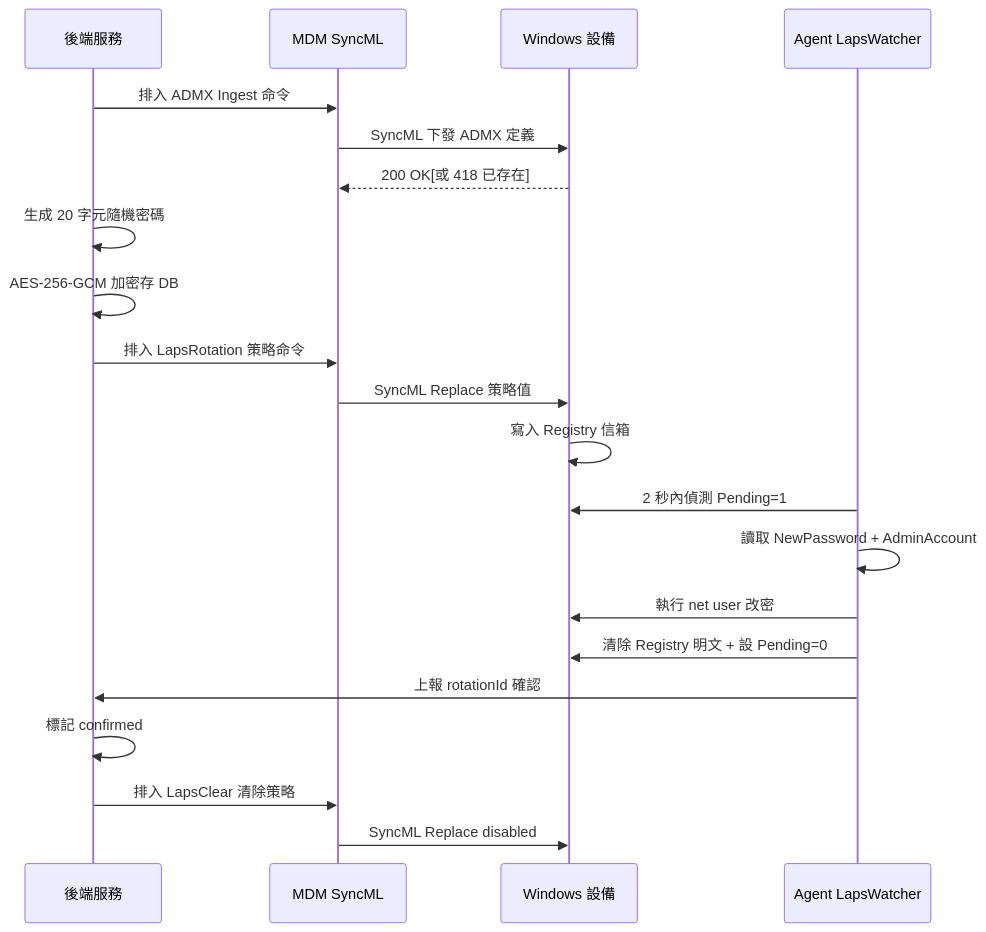
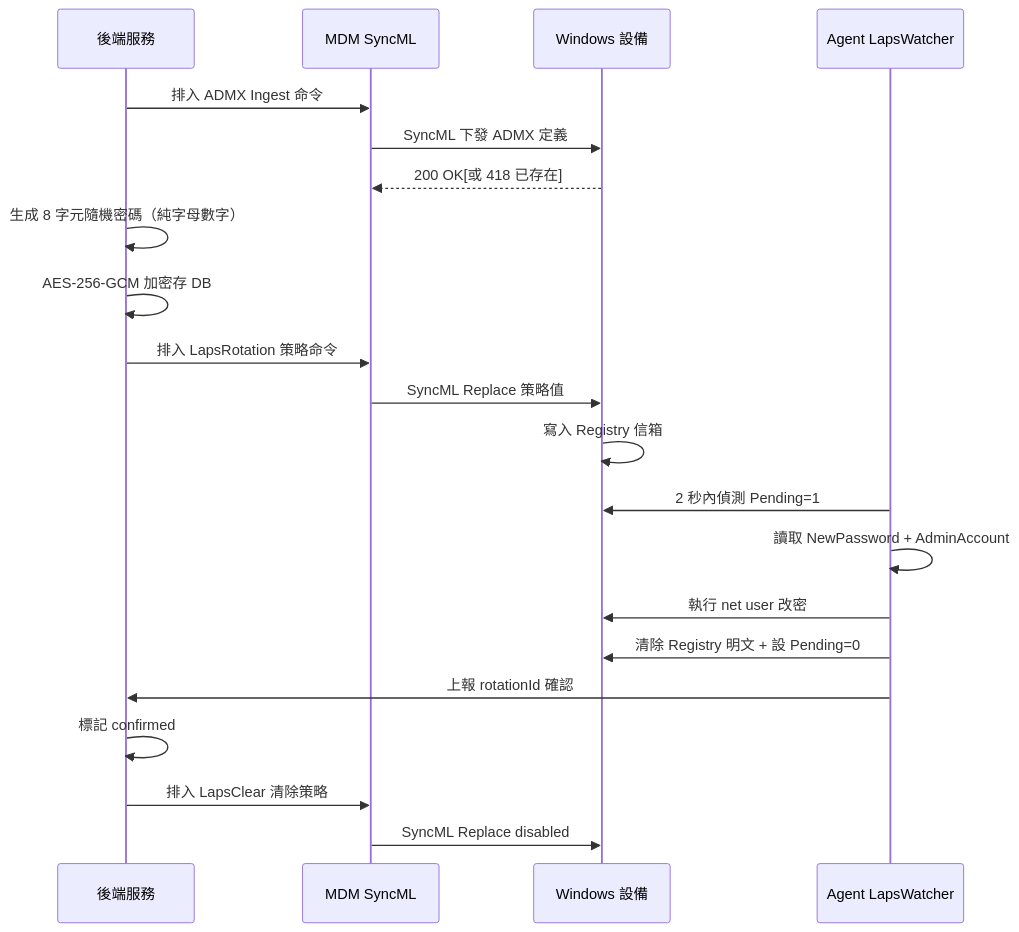
One commit to sgp-go/jamf changed the first of 2 diagrams in docs/business-flows/08-laps-password.md. Above: the diagram before and after it, drawn with Mermaid. The commit also changed other lines of this file and 2 other files, not shown here.

Commit message:
docs(laps): 密碼描述同步為 8 位純字母數字（配合 c75a66b）

````diff
--- a/docs/business-flows/08-laps-password.md
+++ b/docs/business-flows/08-laps-password.md
@@ -11,27 +11,27 @@
 ```mermaid
 sequenceDiagram
     participant 後端 as 後端服務
     participant MDM as MDM SyncML
     participant 設備 as Windows 設備
     participant Agent as Agent LapsWatcher
 
     後端->>MDM: 排入 ADMX Ingest 命令
     MDM->>設備: SyncML 下發 ADMX 定義
     設備-->>MDM: 200 OK[或 418 已存在]
 
-    後端->>後端: 生成 20 字元隨機密碼
+    後端->>後端: 生成 8 字元隨機密碼（純字母數字）
     後端->>後端: AES-256-GCM 加密存 DB
     後端->>MDM: 排入 LapsRotation 策略命令
     MDM->>設備: SyncML Replace 策略值
     設備->>設備: 寫入 Registry 信箱
 
     Agent->>設備: 2 秒內偵測 Pending=1
     Agent->>Agent: 讀取 NewPassword + AdminAccount
     Agent->>設備: 執行 net user 改密
     Agent->>設備: 清除 Registry 明文 + 設 Pending=0
     Agent->>後端: 上報 rotationId 確認
 
     後端->>後端: 標記 confirmed
     後端->>MDM: 排入 LapsClear 清除策略
     MDM->>設備: SyncML Replace disabled
 ```
````
